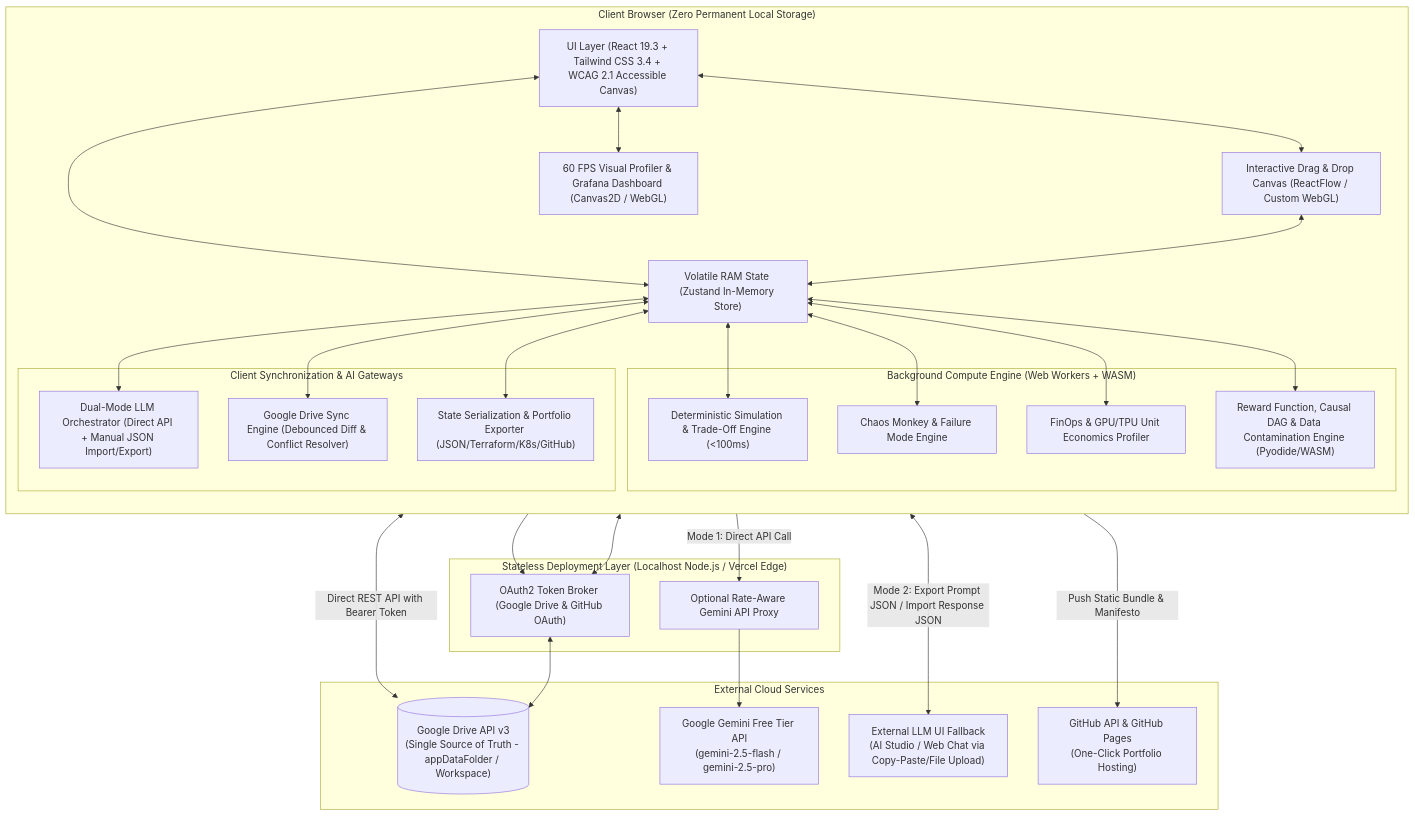
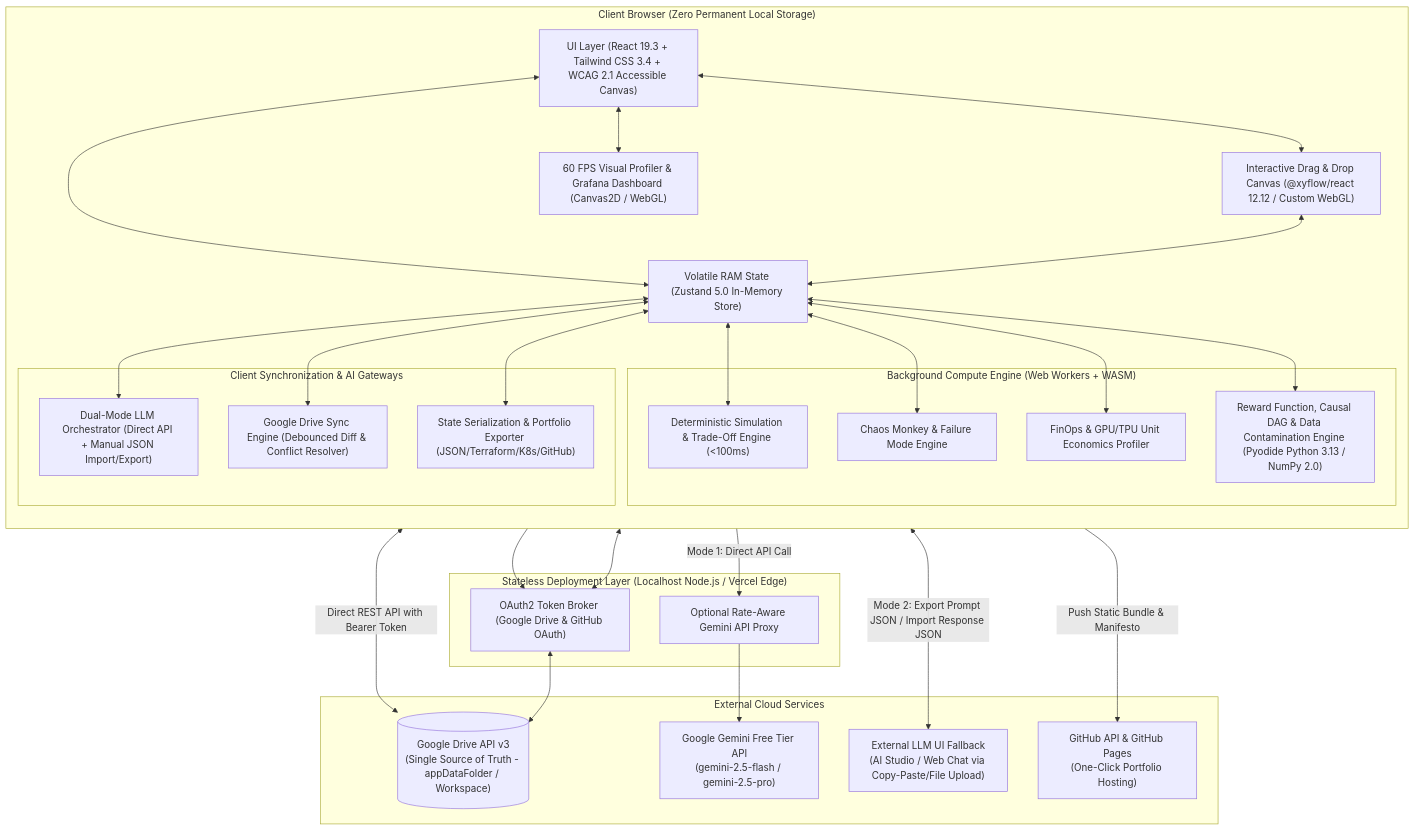
The first of 5 diagrams in documentation/design/high_level.md (Strider221B/ml-sys-design), drawn with Mermaid before and after one commit. The commit also changed 7 other files, not shown here.

````diff
--- a/documentation/design/high_level.md
+++ b/documentation/design/high_level.md
@@ -21,59 +21,59 @@
 ```mermaid
 graph TB
     subgraph Client_Browser["Client Browser (Zero Permanent Local Storage)"]
         direction TB
         UI["UI Layer (React 19.3 + Tailwind CSS 3.4 + WCAG 2.1 Accessible Canvas)"]
-        Canvas["Interactive Drag & Drop Canvas (ReactFlow / Custom WebGL)"]
+        Canvas["Interactive Drag & Drop Canvas (@xyflow/react 12.12 / Custom WebGL)"]
         Telemetry["60 FPS Visual Profiler & Grafana Dashboard (Canvas2D / WebGL)"]
-        Store["Volatile RAM State (Zustand In-Memory Store)"]
+        Store["Volatile RAM State (Zustand 5.0 In-Memory Store)"]
         
         subgraph Web_Workers["Background Compute Engine (Web Workers + WASM)"]
             SimEngine["Deterministic Simulation & Trade-Off Engine (<100ms)"]
             ChaosEngine["Chaos Monkey & Failure Mode Engine"]
             FinOpsCalc["FinOps & GPU/TPU Unit Economics Profiler"]
-            MathSandbox["Reward Function, Causal DAG & Data Contamination Engine (Pyodide/WASM)"]
+            MathSandbox["Reward Function, Causal DAG & Data Contamination Engine (Pyodide Python 3.13 / NumPy 2.0)"]
         end
 
         subgraph Gateways["Client Synchronization & AI Gateways"]
             LLMOrch["Dual-Mode LLM Orchestrator (Direct API + Manual JSON Import/Export)"]
             GDriveSync["Google Drive Sync Engine (Debounced Diff & Conflict Resolver)"]
             IaCExporter["State Serialization & Portfolio Exporter (JSON/Terraform/K8s/GitHub)"]
         end
     end
 
     subgraph Serverless_Edge["Stateless Deployment Layer (Localhost Node.js / Vercel Edge)"]
         AuthProxy["OAuth2 Token Broker (Google Drive & GitHub OAuth)"]
         GeminiProxy["Optional Rate-Aware Gemini API Proxy"]
     end
 
     subgraph External_Cloud["External Cloud Services"]
         GDrive[("Google Drive API v3\n(Single Source of Truth - appDataFolder / Workspace)")]
         GeminiAPI["Google Gemini Free Tier API\n(gemini-2.5-flash / gemini-2.5-pro)"]
         ManualLLM["External LLM UI Fallback\n(AI Studio / Web Chat via Copy-Paste/File Upload)"]
         GitHubPages["GitHub API & GitHub Pages\n(One-Click Portfolio Hosting)"]
     end
 
     UI <--> Canvas
     UI <--> Telemetry
     UI <--> Store
     Canvas <--> Store
     Store <--> SimEngine
     Store <--> ChaosEngine
     Store <--> FinOpsCalc
     Store <--> MathSandbox
 
     Store <--> GDriveSync
     Store <--> LLMOrch
     Store <--> IaCExporter
 
     GDriveSync <--> AuthProxy
     AuthProxy <--> GDrive
     GDriveSync <-->|Direct REST API with Bearer Token| GDrive
 
     LLMOrch -->|Mode 1: Direct API Call| GeminiProxy
     GeminiProxy --> GeminiAPI
     LLMOrch <-->|Mode 2: Export Prompt JSON / Import Response JSON| ManualLLM
 
     IaCExporter --> AuthProxy
     IaCExporter -->|Push Static Bundle & Manifesto| GitHubPages
 ```
````
